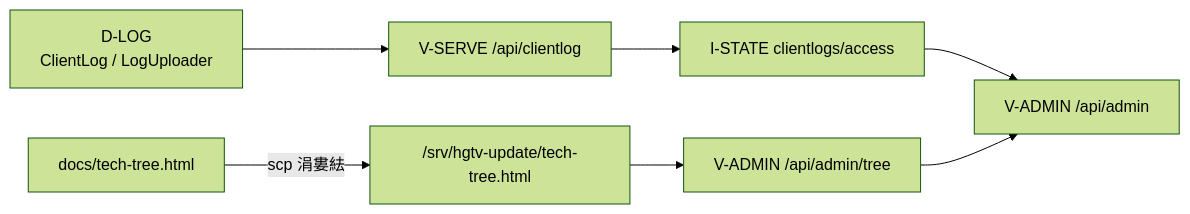
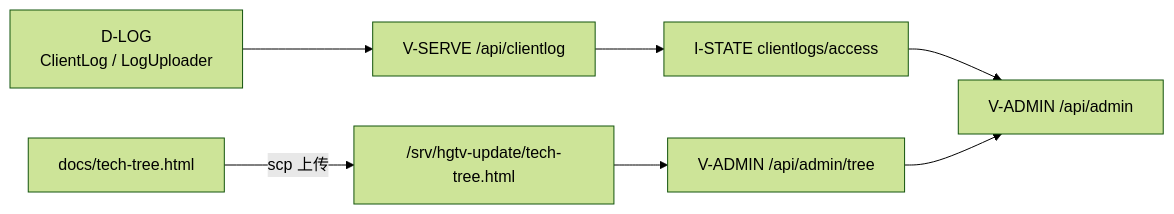
The sixth of 6 diagrams in docs/TECH_TREE.md (Arkbiubiubiu/kaixinguo), drawn with Mermaid (forest theme) before and after one commit. The commit also changed other lines of this file and 4 other files, not shown here.

````diff
--- a/docs/TECH_TREE.md
+++ b/docs/TECH_TREE.md
@@ -240,9 +310,9 @@
 ```mermaid
 flowchart LR
   CLIENT["D-LOG<br/>ClientLog / LogUploader"] --> SRV["V-SERVE /api/clientlog"]
   SRV --> STATE["I-STATE clientlogs/access"]
   STATE --> ADMIN["V-ADMIN /api/admin"]
-  DOC["docs/tech-tree.html"] -->|scp 涓婁紶| STATIC["/srv/hgtv-update/tech-tree.html"]
+  DOC["docs/tech-tree.html"] -->|scp 上传| STATIC["/srv/hgtv-update/tech-tree.html"]
   STATIC --> TREE["V-ADMIN /api/admin/tree"]
   TREE --> ADMIN
 ```
````
